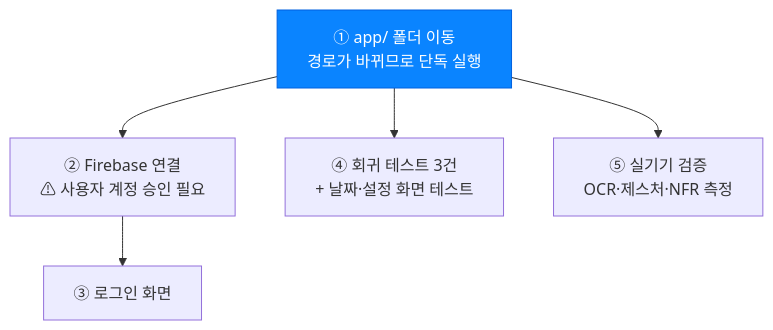
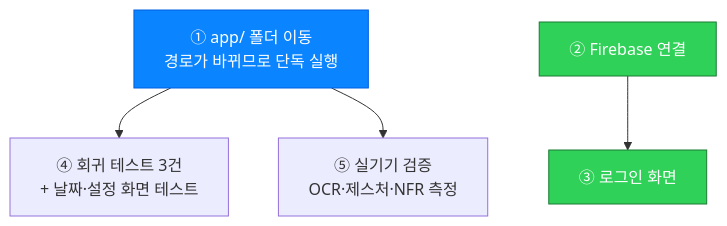
The second of 3 diagrams in heeil/docs/STATUS.md (chohk1003/Keepy), drawn with Mermaid before and after one commit. The commit also changed other lines of this file and 10 other files, not shown here.

````diff
--- a/heeil/docs/STATUS.md
+++ b/heeil/docs/STATUS.md
@@ -35,14 +35,15 @@
 ```mermaid
 flowchart TD
     A["① app/ 폴더 이동<br/>경로가 바뀌므로 단독 실행"]:::now
-    B["② Firebase 연결<br/>⚠ 사용자 계정 승인 필요"]
-    C["③ 로그인 화면"]
+    B["② Firebase 연결"]:::done
+    C["③ 로그인 화면"]:::done
     D["④ 회귀 테스트 3건<br/>+ 날짜·설정 화면 테스트"]
     E["⑤ 실기기 검증<br/>OCR·제스처·NFR 측정"]
 
-    A --> B --> C
     A --> D
     A --> E
+    B --> C
 
     classDef now fill:#0A84FF,stroke:#0060df,color:#fff
+    classDef done fill:#30D158,stroke:#1a7a33,color:#fff
 ```
````
